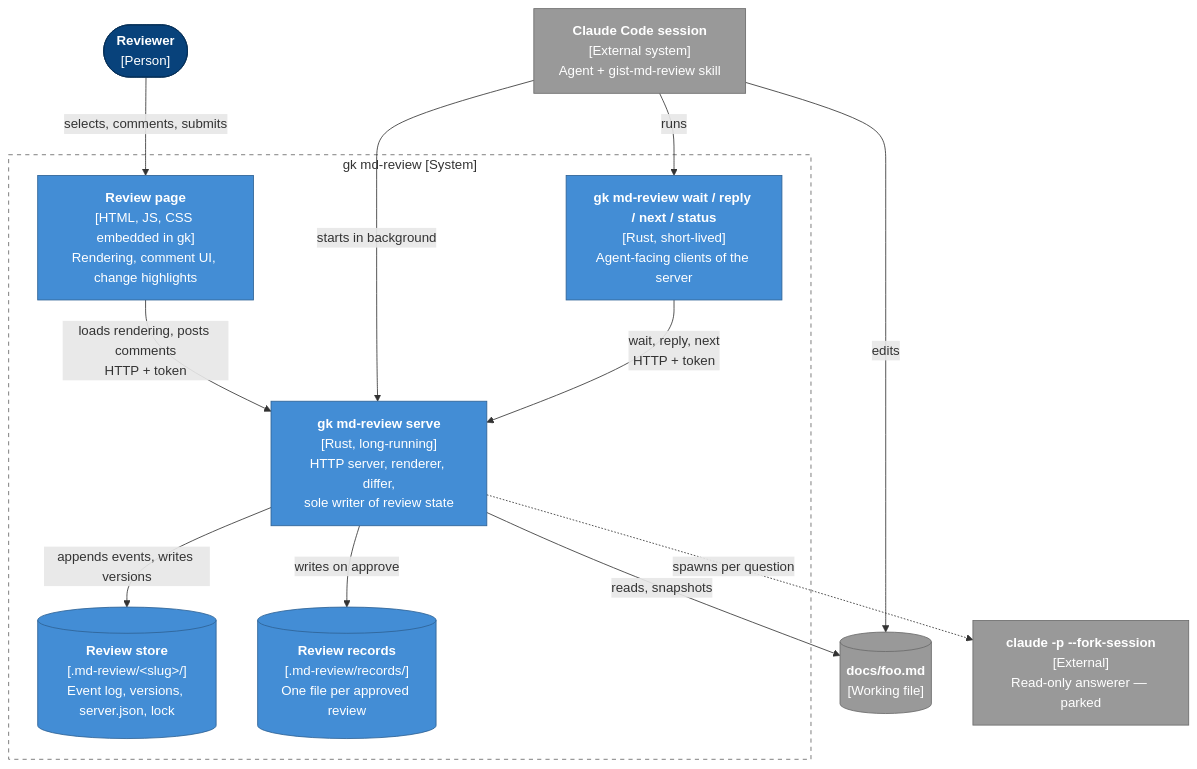
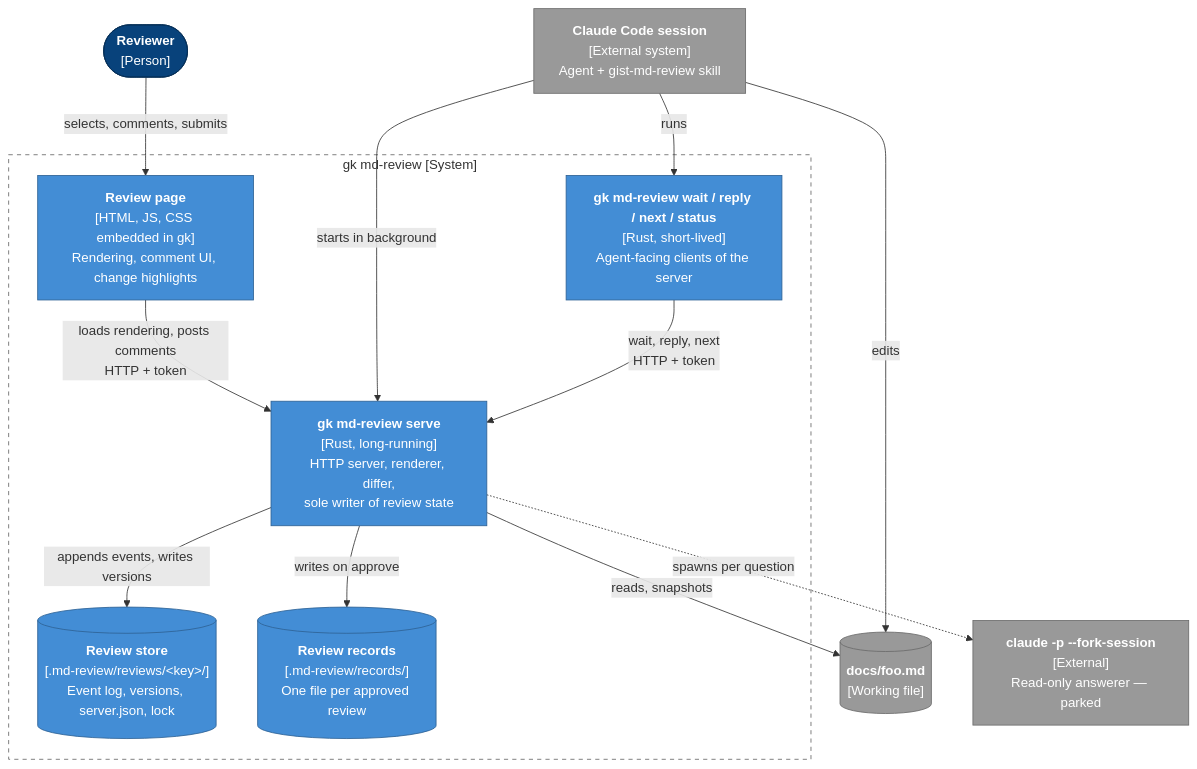
The second of 7 diagrams in docs/design/md-review-hld.md (msurkovsky/gist), drawn with Mermaid before and after one commit. The commit also changed other lines of this file and 1 other file, not shown here.

First line of the commit message:
Apply the CEO review decisions to ADR 0014

````diff
--- a/docs/design/md-review-hld.md
+++ b/docs/design/md-review-hld.md
@@ -98,32 +98,32 @@
 ```mermaid
 flowchart TB
   human(["<b>Reviewer</b><br/>[Person]"]):::person
   agent["<b>Claude Code session</b><br/>[External system]<br/>Agent + gist-md-review skill"]:::ext
 
   subgraph mdr["gk md-review [System]"]
     page["<b>Review page</b><br/>[HTML, JS, CSS embedded in gk]<br/>Rendering, comment UI, change highlights"]:::container
     serve["<b>gk md-review serve</b><br/>[Rust, long-running]<br/>HTTP server, renderer, differ,<br/>sole writer of review state"]:::container
     cli["<b>gk md-review wait / reply / next / status</b><br/>[Rust, short-lived]<br/>Agent-facing clients of the server"]:::container
-    store[("<b>Review store</b><br/>[.md-review/#lt;slug#gt;/]<br/>Event log, versions, server.json, lock")]:::container
+    store[("<b>Review store</b><br/>[.md-review/reviews/#lt;key#gt;/]<br/>Event log, versions, server.json, lock")]:::container
     records[("<b>Review records</b><br/>[.md-review/records/]<br/>One file per approved review")]:::container
   end
 
   doc[("<b>docs/foo.md</b><br/>[Working file]")]:::ext
   claude["<b>claude -p --fork-session</b><br/>[External]<br/>Read-only answerer — parked"]:::ext
 
   human -- "selects, comments, submits" --> page
   page -- "loads rendering, posts comments<br/>HTTP + token" --> serve
   agent -- "starts in background" --> serve
   agent -- "runs" --> cli
   cli -- "wait, reply, next<br/>HTTP + token" --> serve
   serve -- "appends events, writes versions" --> store
   serve -- "writes on approve" --> records
   serve -- "reads, snapshots" --> doc
   agent -- "edits" --> doc
   serve -. "spawns per question" .-> claude
   classDef person fill:#08427b,stroke:#052e56,color:#fff
   classDef system fill:#1168bd,stroke:#0b4884,color:#fff
   classDef container fill:#438dd5,stroke:#2e6295,color:#fff
   classDef ext fill:#999,stroke:#6b6b6b,color:#fff
   style mdr fill:none,stroke:#666,stroke-dasharray:5 5
 ```
````
